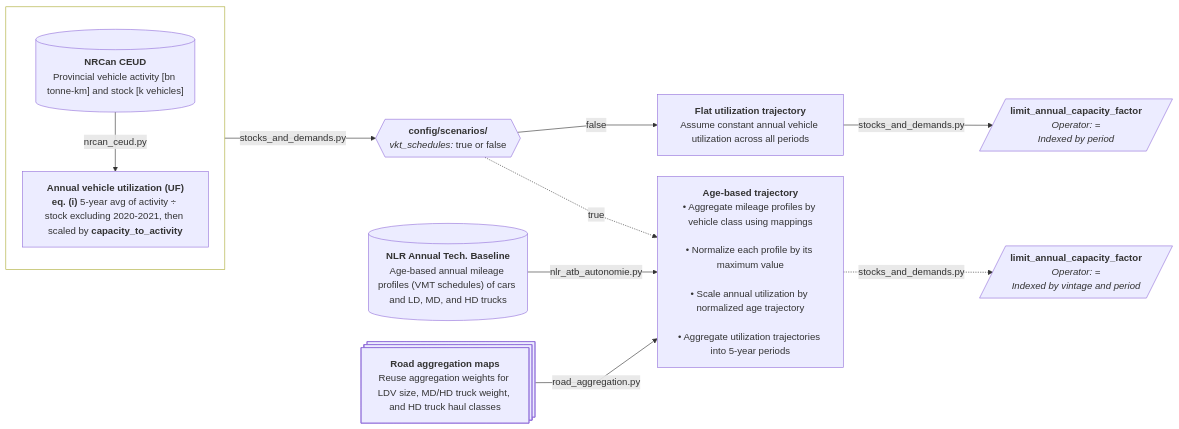
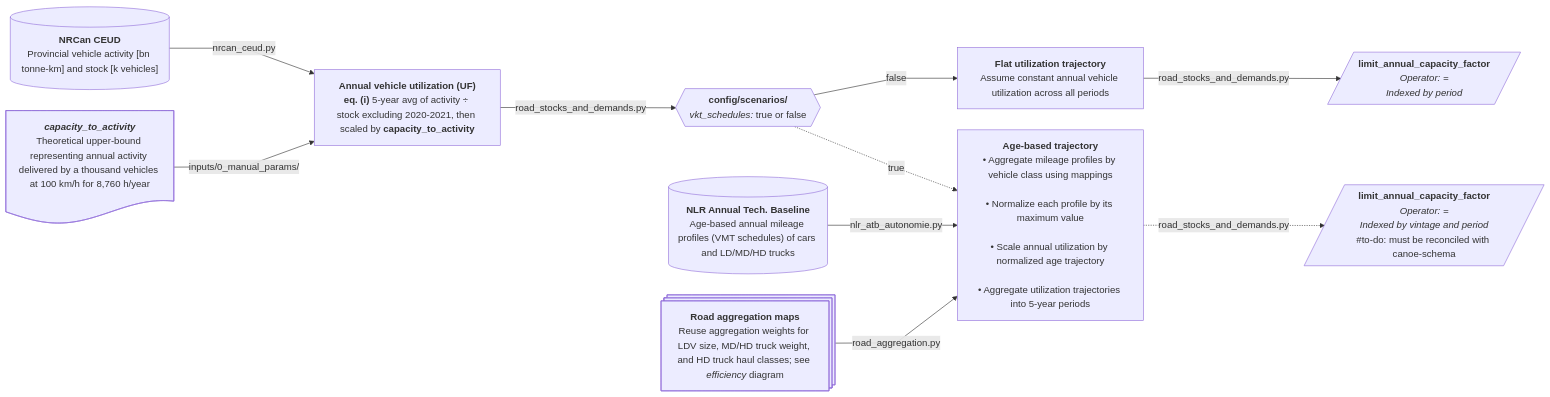
One commit to CANOE-main/canoe-transportation changed the sixth of 14 diagrams in README.md. Above: the diagram before and after it, drawn with Mermaid. The commit also changed other lines of this file and 14 other files, not shown here.

````diff
--- a/README.md
+++ b/README.md
@@ -328,45 +442,59 @@
 ```mermaid
 ---
 config:
   layout: dagre
   flowchart:
     nodeSpacing: 35
     rankSpacing: 50
     wrappingWidth: 250
     curve: linear
 ---
 flowchart LR
-  %% --- Sources ---
-  s0[("`**NRCan CEUD**<br>Provincial vehicle activity [bn tonne-km] and stock [k vehicles]`")]
-  s1[("`**NLR Annual Tech. Baseline**<br>Age-based annual mileage profiles (VMT schedules) of cars and LD, MD, and HD trucks`")]
-  s2@{shape: processes, label: "**Road aggregation maps**<br>Reuse aggregation weights for LDV size, MD/HD truck weight, and HD truck haul classes"}
+  %% ############ Sources ###########
+  s0[("`**NRCan CEUD**
+    Provincial vehicle activity [bn tonne-km] and stock [k vehicles]`")]
+  s0_2@{shape: doc, label: "***capacity_to_activity***
+    Theoretical upper-bound representing annual activity delivered by a thousand vehicles at 100 km/h for 8,760 h/year"}
+  s1[("`**NLR Annual Tech. Baseline**
+    Age-based annual mileage profiles (VMT schedules) of cars and LD/MD/HD trucks`")]
+  s2@{shape: processes, label: "**Road aggregation maps**
+    Reuse aggregation weights for LDV size, MD/HD truck weight, and HD truck haul classes; see *efficiency* diagram"}
 
-  %% --- Processes ---
-  subgraph utilization[" "]
-	  direction TB
-	  p0["`**Annual vehicle utilization (UF)**<br>**eq. (i)** 5-year avg of activity ÷ stock excluding 2020-2021, then scaled by **capacity_to_activity**`"]
-	  s0 -- nrcan_ceud.py --> p0
-  end
-  style utilization fill:transparent,color:transparent
+  %% ############ Processes ###########
+  p0["`**Annual vehicle utilization (UF)**
+    **eq. (i)** 5-year avg of activity ÷ stock excluding 2020-2021, then scaled by **capacity_to_activity**`"]
+  s0 -- nrcan_ceud.py --> p0
+  s0_2 -- inputs/0_manual_params/ --> p0
 
-  p1@{shape: hex, label: "**config/scenarios/**<br>*vkt_schedules:* true or false"}
-  utilization -- stocks_and_demands.py --> p1
+  p1@{shape: hex, label: "**config/scenarios/**
+    *vkt_schedules:* true or false"}
+  p0 -- road_stocks_and_demands.py --> p1
 
-  p2["`**Flat utilization trajectory**<br>Assume constant annual vehicle utilization across all periods`"]
+  p2["`**Flat utilization trajectory**
+    Assume constant annual vehicle utilization across all periods`"]
   p1 -- false --> p2
 
-  o1[/"`**limit_annual_capacity_factor**<br>*Operator: =*<br>*Indexed by period*`"/]
-  p2 -- stocks_and_demands.py --> o1
+  o1[/"`**limit_annual_capacity_factor**
+    *Operator: =*
+    *Indexed by period*`"/]
+  p2 -- road_stocks_and_demands.py --> o1
 
-  p3["`**Age-based trajectory**<br>• Aggregate mileage profiles by vehicle class using mappings<br><br>• Normalize each profile by its maximum value<br><br>• Scale annual utilization by normalized age trajectory<br><br>• Aggregate utilization trajectories into 5-year periods`"]
+  p3["`**Age-based trajectory**
+    • Aggregate mileage profiles by vehicle class using mappings<br>
+    • Normalize each profile by its maximum value<br>
+    • Scale annual utilization by normalized age trajectory<br>
+    • Aggregate utilization trajectories into 5-year periods`"]
   p1 -. true .-> p3
   s1 -- nlr_atb_autonomie.py --> p3
   s2 -- road_aggregation.py --> p3
 
-  o2[/"`**limit_annual_capacity_factor**<br>*Operator: =*<br>*Indexed by vintage and period*`"/]
-  p3 -. "stocks_and_demands.py" .-> o2
+  o2[/"`**limit_annual_capacity_factor**
+    *Operator: =*
+    *Indexed by vintage and period*
+    #to-do: must be reconciled with canoe-schema`"/]
+  p3 -. "road_stocks_and_demands.py" .-> o2
 
   %% --- Hyperlinks ---
   click s0 "https://oee.nrcan.gc.ca/corporate/statistics/neud/dpa/menus/trends/comprehensive_tables/list.cfm"
   click s1 "https://atb.nlr.gov/transportation/2024/data"
 ```
````
